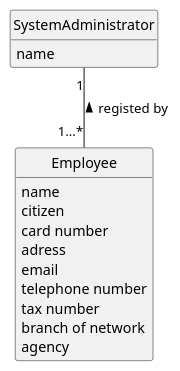
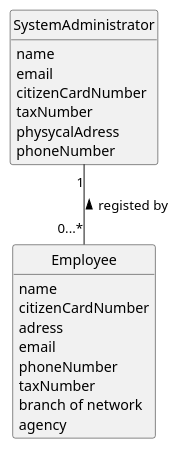
One commit to 1220812/LAPR2 changed the diagram in docs/sprintA/us003/02.analysis/puml/us003-domain-model.puml. Above: the diagram before and after it, drawn with PlantUML. The commit also changed 2 other files, not shown here.

```diff
--- a/docs/sprintA/us003/02.analysis/puml/us003-domain-model.puml
+++ b/docs/sprintA/us003/02.analysis/puml/us003-domain-model.puml
@@ -1,30 +1,34 @@
 @startuml
 skinparam monochrome true
 skinparam packageStyle rectangle
 skinparam shadowing false
 'skinparam linetype ortho
 'left to right direction
 skinparam classAttributeIconSize 0
 hide circle
 hide methods
 
 
 class SystemAdministrator{
   name
+  email
+  citizenCardNumber
+  taxNumber
+  physycalAdress
+  phoneNumber
 }
 
 
 class Employee {
     name
-    citizen
-    card number
+    citizenCardNumber
     adress
     email
-    telephone number
-    tax number
+    phoneNumber
+    taxNumber
     branch of network
     agency
 }
 
-SystemAdministrator "1"--"1...*" Employee: registed by <
+SystemAdministrator "1"--"0...*" Employee: registed by <
 @enduml
```
